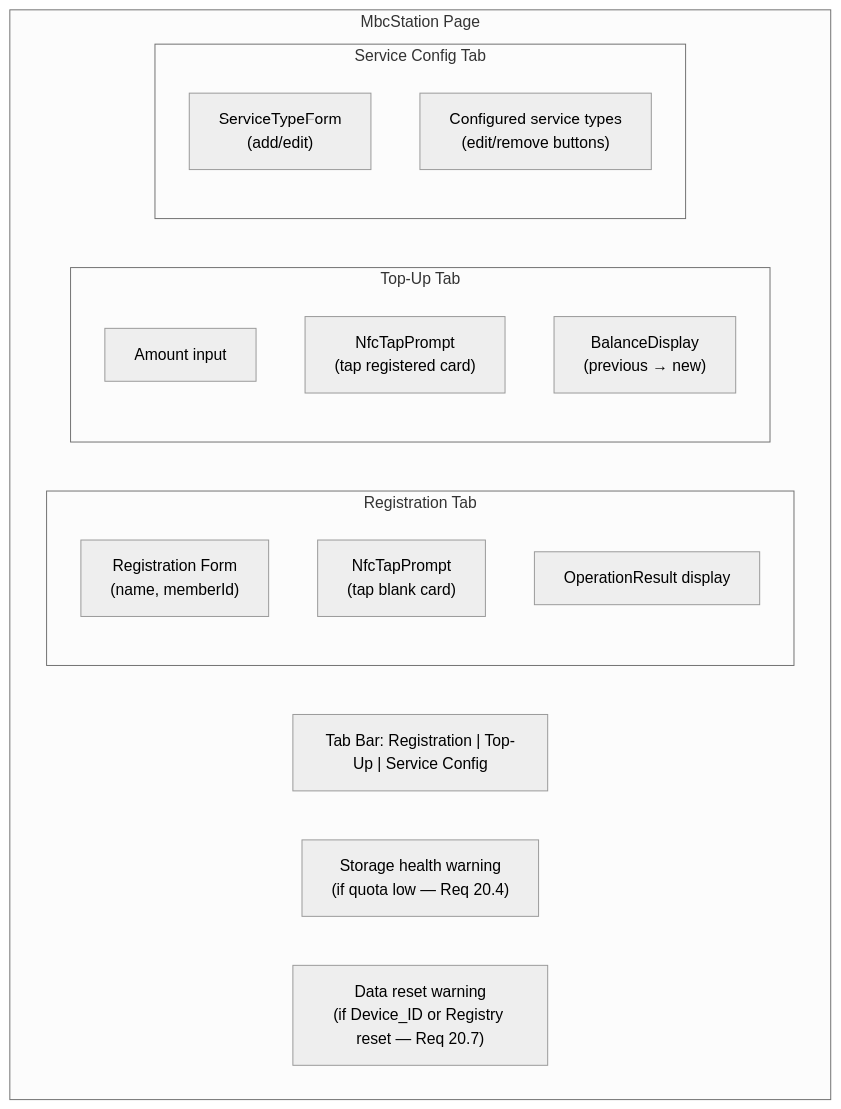
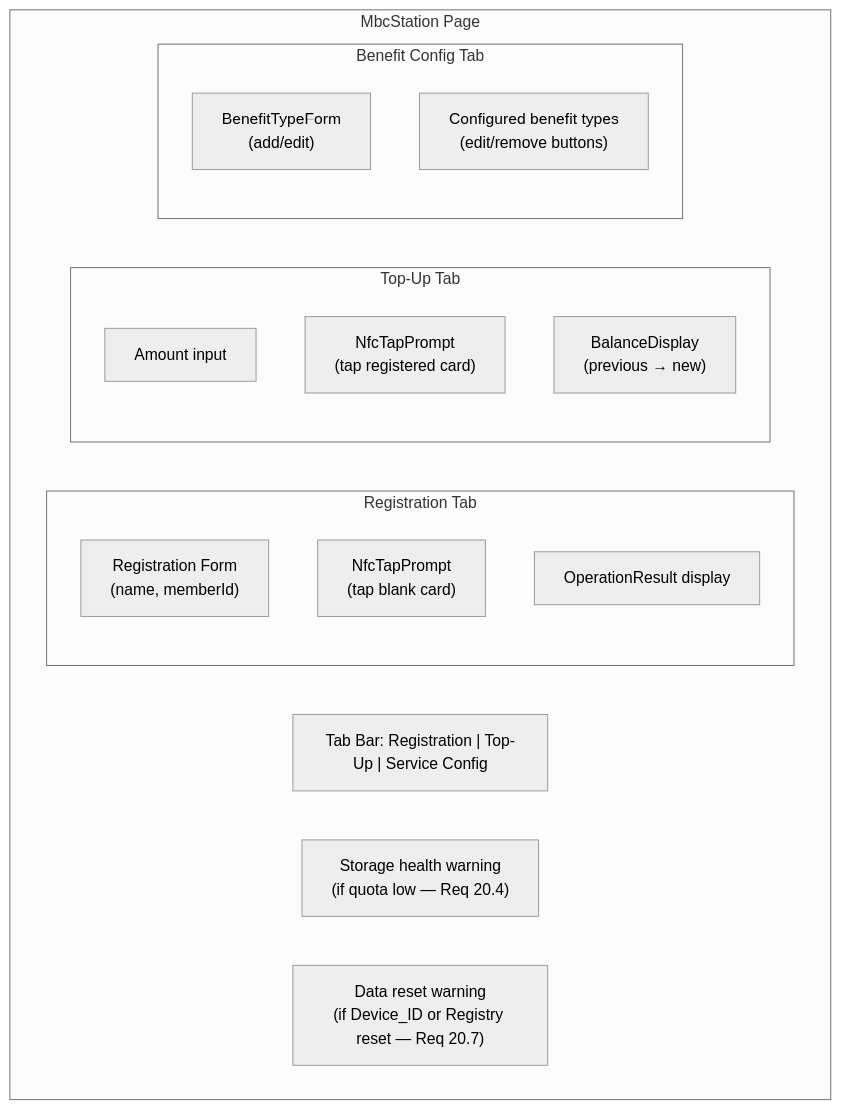
One commit to widdestoyud/assesment-s1-2026 changed the diagram in docs/wiki/membership-benefit-card/05-UI-Components/Station-Interface.md. Above: the diagram before and after it, drawn with Mermaid (neutral theme). The commit also changed other lines of this file and 31 other files, not shown here.

First line of the commit message:
docs(mbc): Update all documentation for ServiceType to BenefitType rename

````diff
--- a/docs/wiki/membership-benefit-card/05-UI-Components/Station-Interface.md
+++ b/docs/wiki/membership-benefit-card/05-UI-Components/Station-Interface.md
@@ -14,26 +14,26 @@
 ```mermaid
 flowchart TD
     subgraph Station["MbcStation Page"]
         Tabs["Tab Bar: Registration | Top-Up | Service Config"]
 
         subgraph RegTab["Registration Tab"]
             RegForm["Registration Form<br/>(name, memberId)"]
             RegTap["NfcTapPrompt<br/>(tap blank card)"]
             RegResult["OperationResult display"]
         end
 
         subgraph TopUpTab["Top-Up Tab"]
             TopUpForm["Amount input"]
             TopUpTap["NfcTapPrompt<br/>(tap registered card)"]
             TopUpResult["BalanceDisplay<br/>(previous → new)"]
         end
 
-        subgraph ConfigTab["Service Config Tab"]
-            SvcForm["ServiceTypeForm<br/>(add/edit)"]
-            SvcList["Configured service types<br/>(edit/remove buttons)"]
+        subgraph ConfigTab["Benefit Config Tab"]
+            SvcForm["BenefitTypeForm<br/>(add/edit)"]
+            SvcList["Configured benefit types<br/>(edit/remove buttons)"]
         end
 
         StorageWarning["Storage health warning<br/>(if quota low — Req 20.4)"]
         DataResetWarning["Data reset warning<br/>(if Device_ID or Registry reset — Req 20.7)"]
     end
 ```
````
